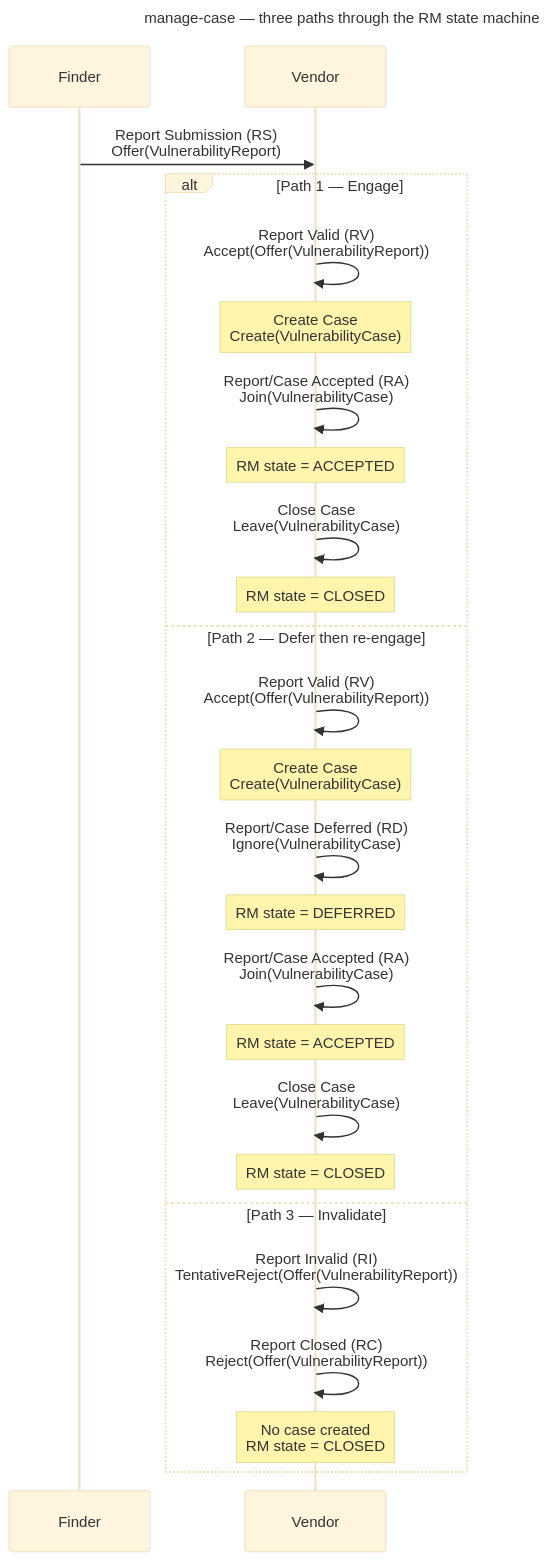
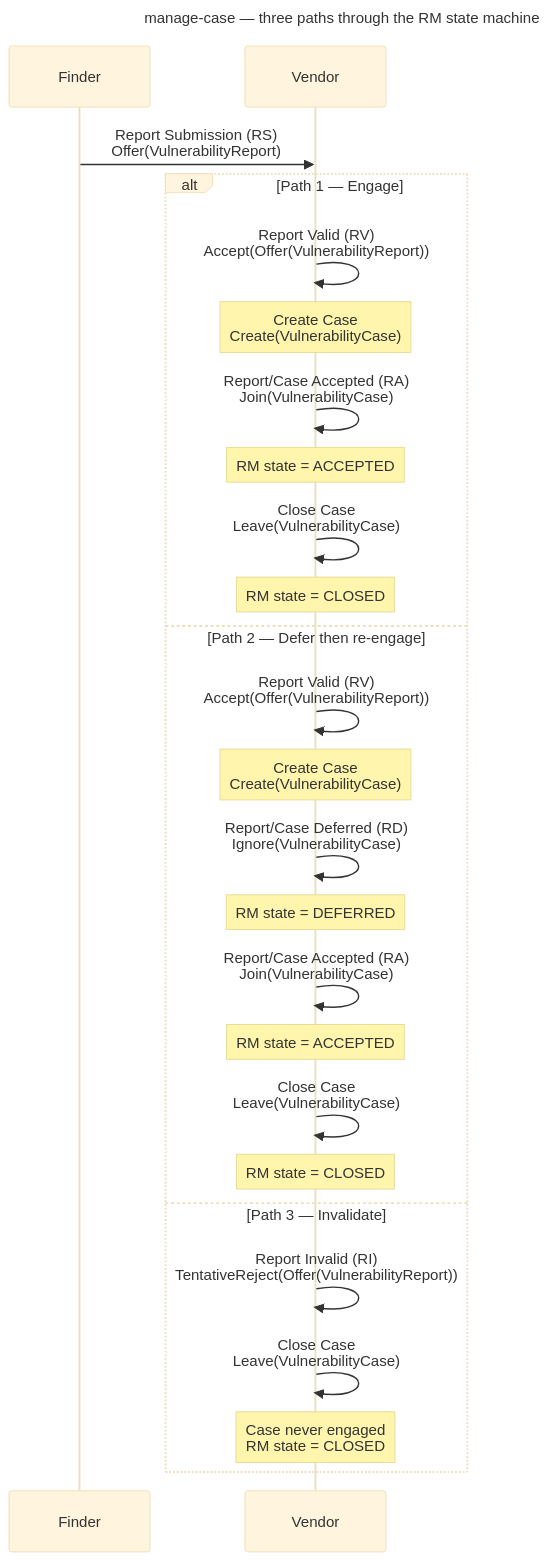
Before and after one commit to CERTCC/Vultron: the ninth of 9 diagrams in docs/tutorials/other_demos.md, drawn with Mermaid (base theme). The commit also changed other lines of this file and 1 other file, not shown here.

Commit message:
docs: sync demo tutorials for #4746 (the case is closed by Leave)

````diff
--- a/docs/tutorials/other_demos.md
+++ b/docs/tutorials/other_demos.md
@@ -414,31 +415,31 @@
 ```mermaid
 ---
 title: manage-case — three paths through the RM state machine
 ---
 sequenceDiagram
     participant F as Finder
     participant V as Vendor
 
     F->>V: Report Submission (RS)<br/>Offer(VulnerabilityReport)
     alt Path 1 — Engage
         V->>V: Report Valid (RV)<br/>Accept(Offer(VulnerabilityReport))
         Note over V: Create Case<br/>Create(VulnerabilityCase)
         V->>V: Report/Case Accepted (RA)<br/>Join(VulnerabilityCase)
         Note over V: RM state = ACCEPTED
         V->>V: Close Case<br/>Leave(VulnerabilityCase)
         Note over V: RM state = CLOSED
     else Path 2 — Defer then re-engage
         V->>V: Report Valid (RV)<br/>Accept(Offer(VulnerabilityReport))
         Note over V: Create Case<br/>Create(VulnerabilityCase)
         V->>V: Report/Case Deferred (RD)<br/>Ignore(VulnerabilityCase)
         Note over V: RM state = DEFERRED
         V->>V: Report/Case Accepted (RA)<br/>Join(VulnerabilityCase)
         Note over V: RM state = ACCEPTED
         V->>V: Close Case<br/>Leave(VulnerabilityCase)
         Note over V: RM state = CLOSED
     else Path 3 — Invalidate
         V->>V: Report Invalid (RI)<br/>TentativeReject(Offer(VulnerabilityReport))
-        V->>V: Report Closed (RC)<br/>Reject(Offer(VulnerabilityReport))
-        Note over V: No case created<br/>RM state = CLOSED
+        V->>V: Close Case<br/>Leave(VulnerabilityCase)
+        Note over V: Case never engaged<br/>RM state = CLOSED
     end
 ```
````
